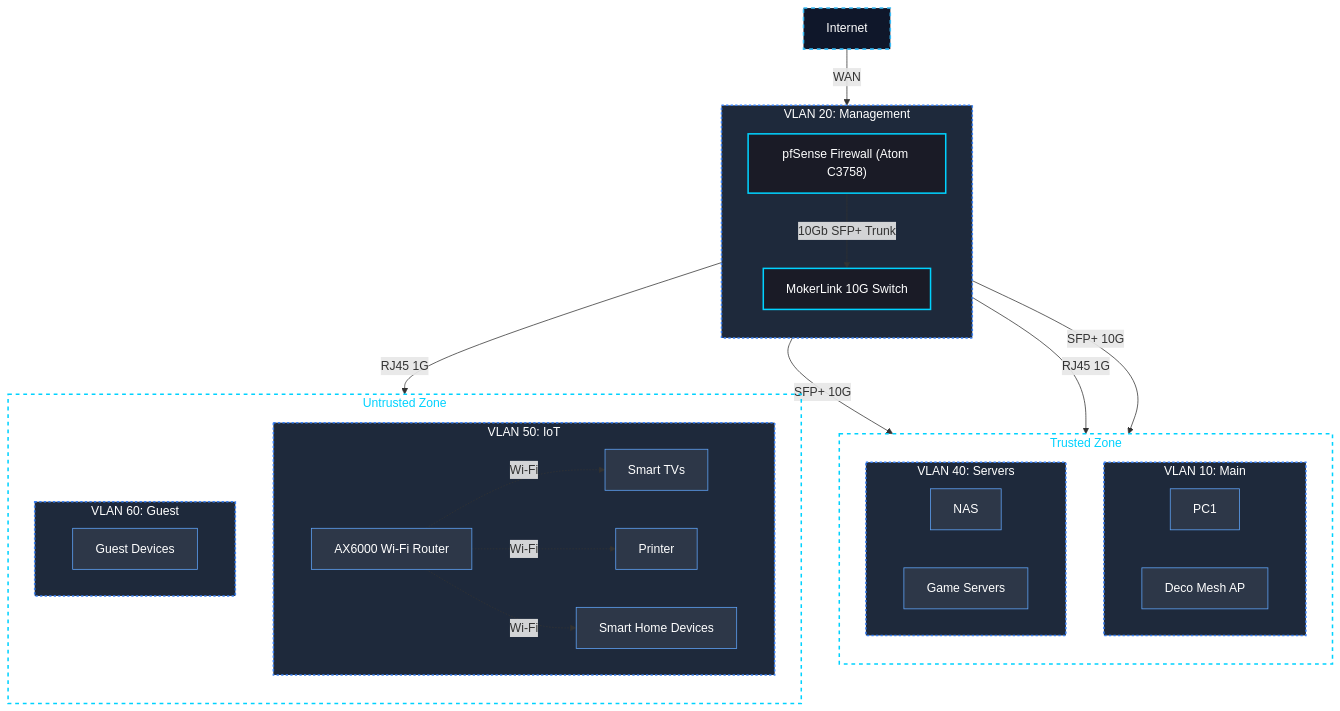
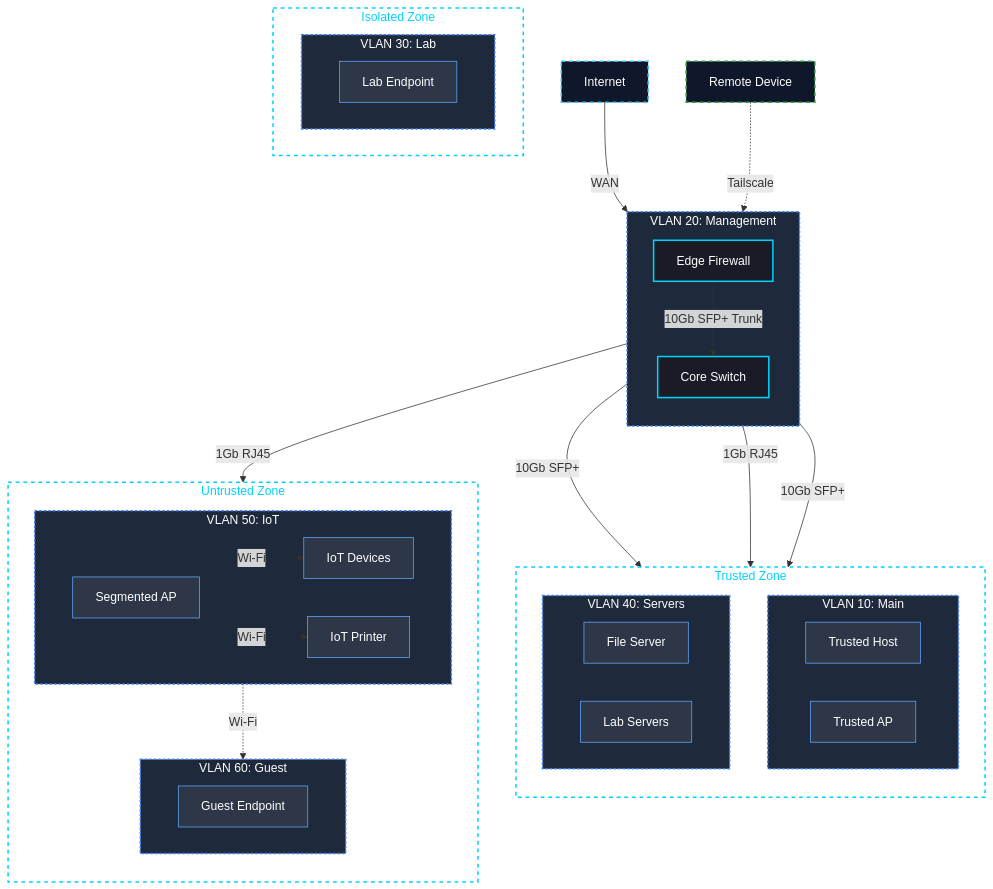
The second of 2 diagrams in README.md (gurvinny/home-network-lab), drawn with Mermaid before and after one commit. The commit also changed other lines of this file and 14 other files, not shown here.

First line of the commit message:
docs: full restructure — pfSense Plus, Tailscale, DNS enforcement, SOC theme

````diff
--- a/README.md
+++ b/README.md
@@ -85,68 +84,79 @@
 ```mermaid
 flowchart TB
-    %% Cyber Sec Grey/Blue Theme Styling
+    %% Cyber Sec Grey/Blue Theme
     classDef internet fill:#0f172a,stroke:#38bdf8,stroke-width:2px,color:#ffffff,stroke-dasharray: 5 5;
     classDef firewall fill:#1a1b26,stroke:#00d2ff,stroke-width:2px,color:#ffffff;
     classDef switch fill:#1a1b26,stroke:#00d2ff,stroke-width:2px,color:#ffffff;
     classDef vlan fill:#1e293b,stroke:#3b82f6,stroke-width:2px,stroke-dasharray: 3 3,color:#ffffff;
     classDef device fill:#2d3748,stroke:#60a5fa,stroke-width:1px,color:#ffffff;
     classDef zone fill:#00000000,stroke:#00d2ff,stroke-width:2px,color:#00d2ff,stroke-dasharray: 5 5;
+    classDef vpn fill:#0f172a,stroke:#2ea043,stroke-width:2px,color:#ffffff,stroke-dasharray: 5 5;
 
-    Internet["Internet"]:::internet -->|"WAN"| pfSense["pfSense Firewall (Atom C3758)"]:::firewall
-    pfSense -->|"10Gb SFP+ Trunk"| Switch["MokerLink 10G Switch"]:::switch
+    Internet["Internet"]:::internet -->|"WAN"| EdgeFW["Edge Firewall"]:::firewall
+    RemoteDevice["Remote Device"]:::vpn -.->|"Tailscale"| EdgeFW
+
+    EdgeFW -->|"10Gb SFP+ Trunk"| CoreSW["Core Switch"]:::switch
 
     subgraph Infrastructure ["VLAN 20: Management"]
         direction TB
-        pfSense
-        Switch
+        EdgeFW
+        CoreSW
     end
     class Infrastructure vlan;
 
     subgraph Trusted_Zone ["Trusted Zone"]
         direction TB
         subgraph VLAN10 ["VLAN 10: Main"]
             direction LR
-            PC1["PC1"]:::device
-            Deco["Deco Mesh AP"]:::device
+            TrustedHost["Trusted Host"]:::device
+            TrustedAP["Trusted AP"]:::device
         end
         class VLAN10 vlan;
-        
+
         subgraph VLAN40 ["VLAN 40: Servers"]
             direction LR
-            NAS["NAS"]:::device
-            Srv["Game Servers"]:::device
+            FileServer["File Server"]:::device
+            LabServers["Lab Servers"]:::device
         end
         class VLAN40 vlan;
     end
     class Trusted_Zone zone;
 
     subgraph Untrusted_Zone ["Untrusted Zone"]
         direction TB
         subgraph VLAN50 ["VLAN 50: IoT"]
             direction LR
-            IoT_AP["AX6000 Wi-Fi Router"]:::device
-            TV["Smart TVs"]:::device
-            Prn["Printer"]:::device
-            Smart["Smart Home Devices"]:::device
+            SegmentedAP["Segmented AP"]:::device
+            IoTDevices["IoT Devices"]:::device
+            IoTPrinter["IoT Printer"]:::device
         end
         class VLAN50 vlan;
 
         subgraph VLAN60 ["VLAN 60: Guest"]
             direction LR
-            Gst["Guest Devices"]:::device
+            GuestEndpoint["Guest Endpoint"]:::device
         end
         class VLAN60 vlan;
     end
     class Untrusted_Zone zone;
-    
+
+    subgraph Isolated_Zone ["Isolated Zone"]
+        subgraph VLAN30 ["VLAN 30: Lab"]
+            direction LR
+            LabEndpoint["Lab Endpoint"]:::device
+        end
+        class VLAN30 vlan;
+    end
+    class Isolated_Zone zone;
+
     %% Physical Connections
-    Switch -->|"SFP+ 10G"| PC1
-    Switch -->|"RJ45 1G"| Deco
-    Switch -->|"SFP+ 10G"| NAS
-    Switch -->|"RJ45 1G"| IoT_AP
+    CoreSW -->|"10Gb SFP+"| TrustedHost
+    CoreSW -->|"1Gb RJ45"| TrustedAP
+    CoreSW -->|"10Gb SFP+"| FileServer
+    CoreSW -->|"1Gb RJ45"| SegmentedAP
 
     %% Logical Connections
-    IoT_AP -.->|"Wi-Fi"| TV
-    IoT_AP -.->|"Wi-Fi"| Prn
-    IoT_AP -.->|"Wi-Fi"| Smart
+    SegmentedAP -.->|"Wi-Fi"| IoTDevices
+    SegmentedAP -.->|"Wi-Fi"| IoTPrinter
+    SegmentedAP -.->|"Wi-Fi"| GuestEndpoint
 ```
````
